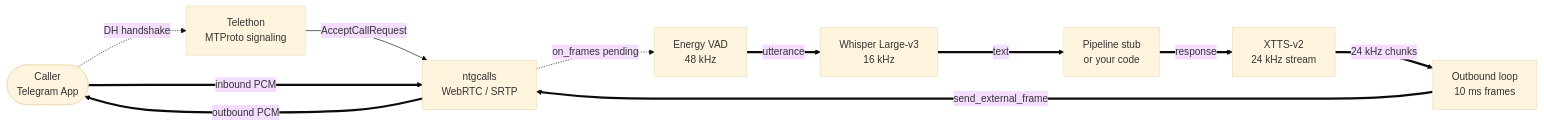
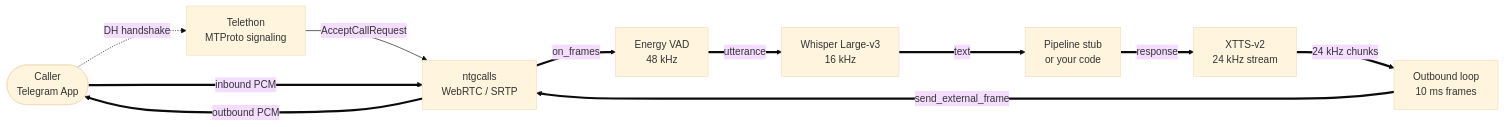
One commit to TxPKev/novamind-telegram-voice changed the diagram in README.md. Above: the diagram before and after it, drawn with Mermaid (base theme). The commit also changed other lines of this file and 1 other file, not shown here.

````diff
--- a/README.md
+++ b/README.md
@@ -63,22 +66,22 @@
 ```mermaid
 flowchart LR
     Caller([Caller<br/>Telegram App])
     Tele[Telethon<br/>MTProto signaling]
     NTG[ntgcalls<br/>WebRTC / SRTP]
     VAD[Energy VAD<br/>48 kHz]
     STT[Whisper Large-v3<br/>16 kHz]
     PIPE[Pipeline stub<br/>or your code]
     TTS[XTTS-v2<br/>24 kHz stream]
     OUT[Outbound loop<br/>10 ms frames]
 
     Caller -.->|DH handshake| Tele
     Tele -->|AcceptCallRequest| NTG
     Caller ==>|inbound PCM| NTG
-    NTG -.->|on_frames pending| VAD
+    NTG ==>|on_frames| VAD
     VAD ==>|utterance| STT
     STT ==>|text| PIPE
     PIPE ==>|response| TTS
     TTS ==>|24 kHz chunks| OUT
     OUT ==>|send_external_frame| NTG
     NTG ==>|outbound PCM| Caller
 ```
````
